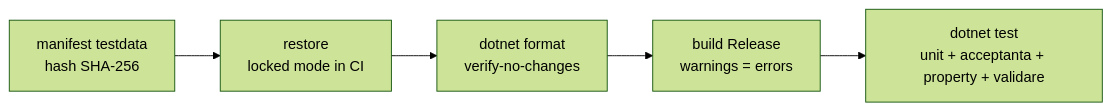
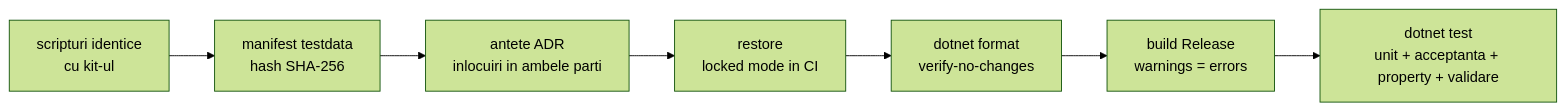
The first of 2 diagrams in ClaudeCodeStarterKit/GHID.md (tcarean/AstroDarkroom), drawn with Mermaid (forest theme) before and after one commit. The commit also changed other lines of this file and 5 other files, not shown here.

Commit message:
Carry the ADR rules and kit citations into wrap-up, the auditor, the template, guide and README

````diff
--- a/ClaudeCodeStarterKit/GHID.md
+++ b/ClaudeCodeStarterKit/GHID.md
@@ -91,7 +91,9 @@
 ```mermaid
 flowchart LR
-  A[manifest testdata<br/>hash SHA-256] --> B[restore<br/>locked mode in CI]
+  K[scripturi identice<br/>cu kit-ul] --> A[manifest testdata<br/>hash SHA-256]
+  A --> AD[antete ADR<br/>inlocuiri in ambele parti]
+  AD --> B[restore<br/>locked mode in CI]
   B --> C[dotnet format<br/>verify-no-changes]
   C --> D[build Release<br/>warnings = errors]
   D --> E[dotnet test<br/>unit + acceptanta + property + validare]
 ```
````
